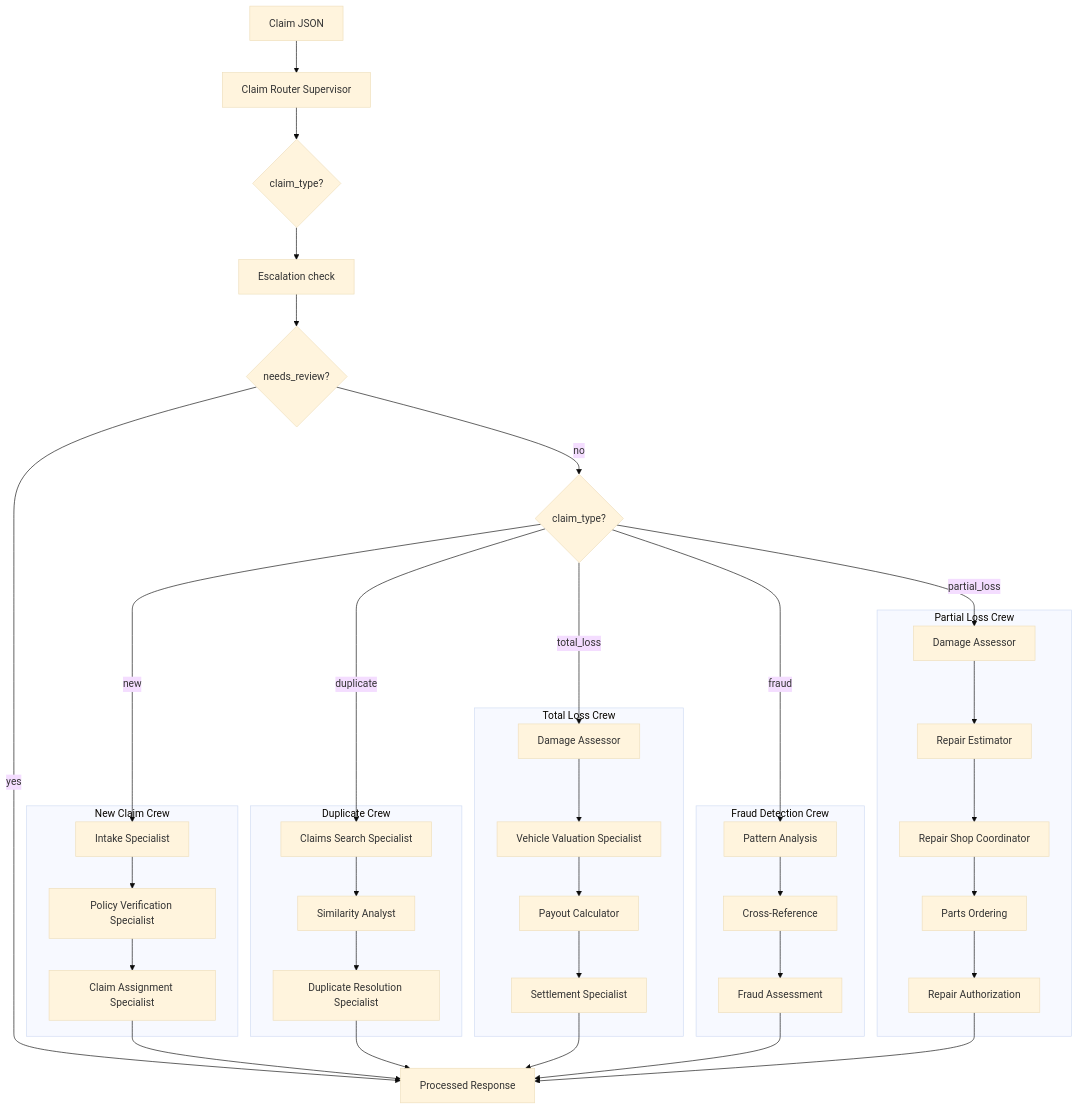
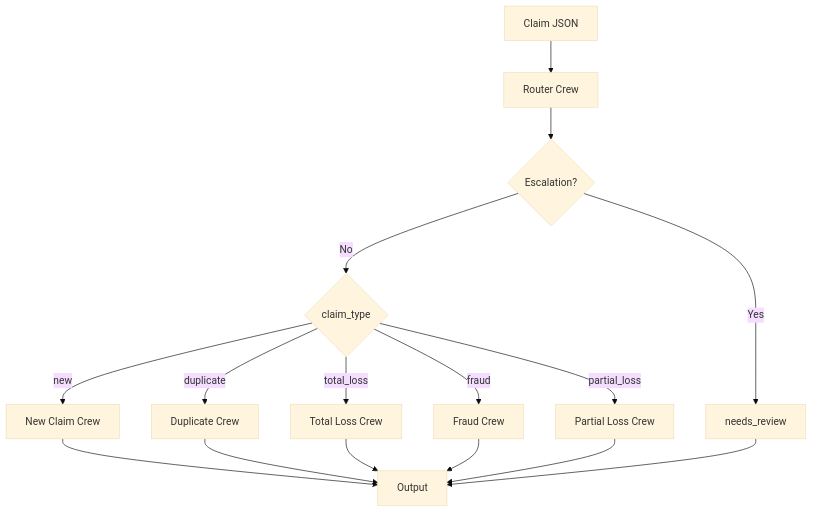
The diagram in README.md (csmangum/auto-agent), drawn with Mermaid (base theme) before and after one commit. The commit also changed other lines of this file and 10 other files, not shown here.

First line of the commit message:
Refactor docs: remove duplicates, add cross-references, use Mermaid diagrams

````diff
--- a/README.md
+++ b/README.md
@@ -18,58 +15,20 @@
 ```mermaid
 flowchart TB
-    A[Claim JSON] --> B[Claim Router Supervisor]
-    B --> C{claim_type?}
-    C --> D[Escalation check]
-    D --> E{needs_review?}
-    E -->|yes| G[Processed Response]
-    E -->|no| H{claim_type?}
-
-    subgraph New["New Claim Crew"]
-        D1[Intake Specialist]
-        D2[Policy Verification Specialist]
-        D3[Claim Assignment Specialist]
-        D1 --> D2 --> D3
-    end
-
-    subgraph Dup["Duplicate Crew"]
-        E1[Claims Search Specialist]
-        E2[Similarity Analyst]
-        E3[Duplicate Resolution Specialist]
-        E1 --> E2 --> E3
-    end
-
-    subgraph Total["Total Loss Crew"]
-        F1[Damage Assessor]
-        F2[Vehicle Valuation Specialist]
-        F3[Payout Calculator]
-        F4[Settlement Specialist]
-        F1 --> F2 --> F3 --> F4
-    end
-
-    subgraph Fraud["Fraud Detection Crew"]
-        FR1[Pattern Analysis]
-        FR2[Cross-Reference]
-        FR3[Fraud Assessment]
-        FR1 --> FR2 --> FR3
-    end
-
-    subgraph Partial["Partial Loss Crew"]
-        P1[Damage Assessor]
-        P2[Repair Estimator]
-        P3[Repair Shop Coordinator]
-        P4[Parts Ordering]
-        P5[Repair Authorization]
-        P1 --> P2 --> P3 --> P4 --> P5
-    end
-
-    H -->|new| D1
-    H -->|duplicate| E1
-    H -->|total_loss| F1
-    H -->|fraud| FR1
-    H -->|partial_loss| P1
-    D3 --> G
-    E3 --> G
-    F4 --> G
-    FR3 --> G
-    P5 --> G
+    A[Claim JSON] --> B[Router Crew]
+    B --> C{Escalation?}
+    C -->|Yes| D[needs_review]
+    C -->|No| E{claim_type}
+    
+    E -->|new| F[New Claim Crew]
+    E -->|duplicate| G[Duplicate Crew]
+    E -->|total_loss| H[Total Loss Crew]
+    E -->|fraud| I[Fraud Crew]
+    E -->|partial_loss| J[Partial Loss Crew]
+    
+    F --> K[Output]
+    G --> K
+    H --> K
+    I --> K
+    J --> K
+    D --> K
 ```
````
